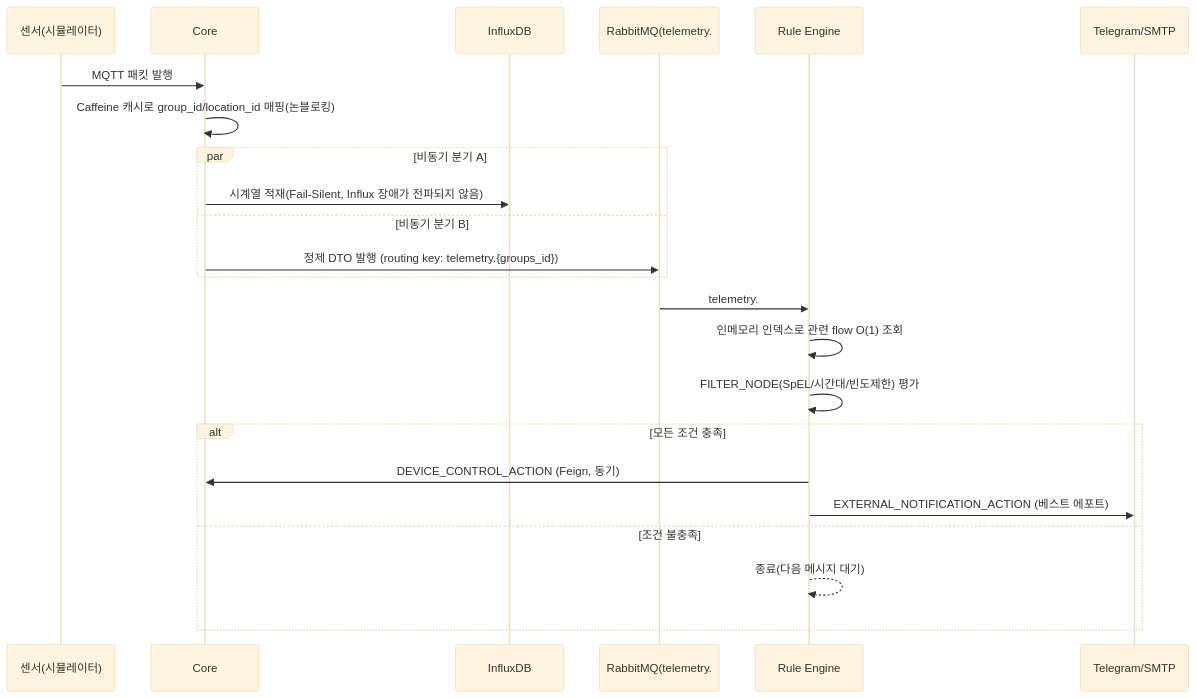
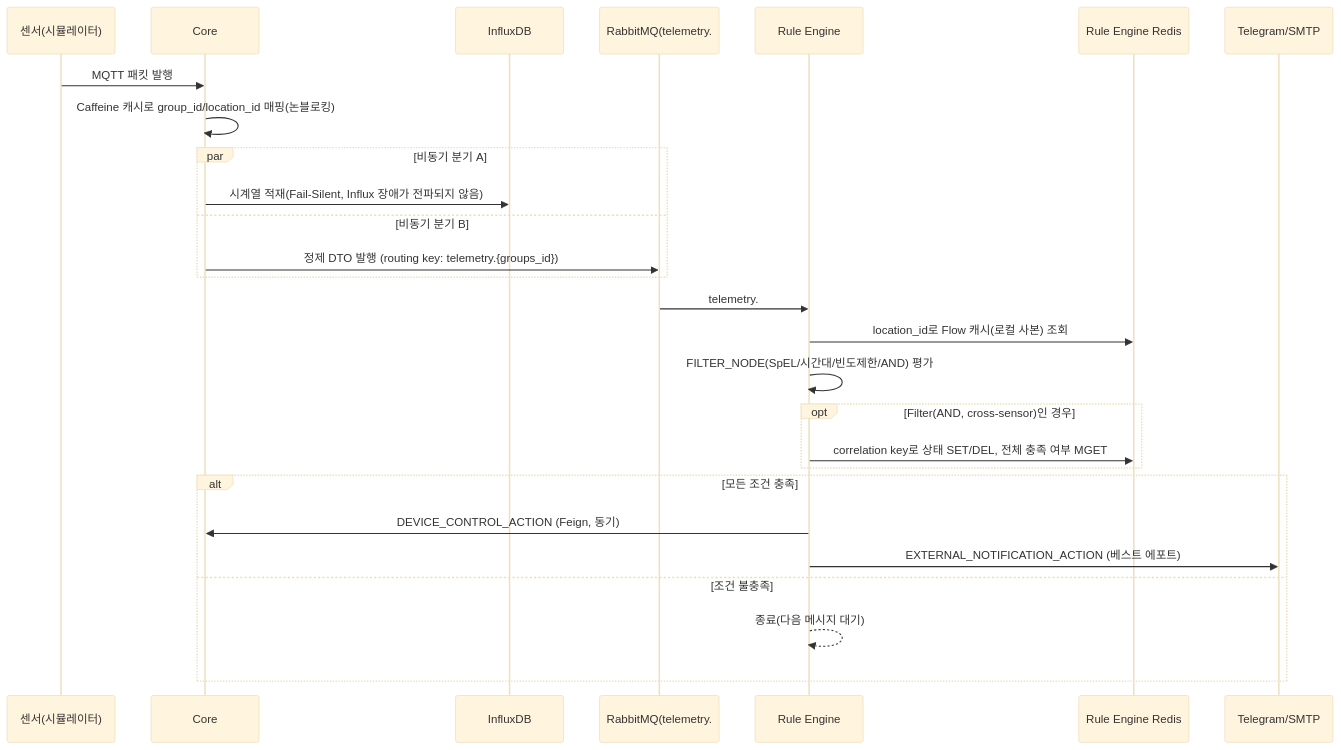
One commit to nhnacademy-aiot3-insighton/.github changed the second of 5 diagrams in profile/README.md. Above: the diagram before and after it, drawn with Mermaid (base theme). The commit also changed other lines of this file, not shown here.

````diff
--- a/profile/README.md
+++ b/profile/README.md
@@ -264,26 +273,30 @@
 ```mermaid
 sequenceDiagram
     participant Sensor as 센서(시뮬레이터)
     participant Core
     participant Influx as InfluxDB
     participant MQ as RabbitMQ(telemetry.#)
     participant RE as Rule Engine
+    participant Redis as Rule Engine Redis
     participant Notify as Telegram/SMTP
 
     Sensor->>Core: MQTT 패킷 발행
     Core->>Core: Caffeine 캐시로 group_id/location_id 매핑(논블로킹)
     par 비동기 분기 A
         Core->>Influx: 시계열 적재(Fail-Silent, Influx 장애가 전파되지 않음)
     and 비동기 분기 B
         Core->>MQ: 정제 DTO 발행 (routing key: telemetry.{groups_id})
     end
     MQ->>RE: telemetry.# 와일드카드 구독
-    RE->>RE: 인메모리 인덱스로 관련 flow O(1) 조회
-    RE->>RE: FILTER_NODE(SpEL/시간대/빈도제한) 평가
+    RE->>Redis: location_id로 Flow 캐시(로컬 사본) 조회
+    RE->>RE: FILTER_NODE(SpEL/시간대/빈도제한/AND) 평가
+    opt Filter(AND, cross-sensor)인 경우
+        RE->>Redis: correlation key로 상태 SET/DEL, 전체 충족 여부 MGET
+    end
     alt 모든 조건 충족
         RE->>Core: DEVICE_CONTROL_ACTION (Feign, 동기)
         RE->>Notify: EXTERNAL_NOTIFICATION_ACTION (베스트 에포트)
     else 조건 불충족
         RE-->>RE: 종료(다음 메시지 대기)
     end
 ```
````
